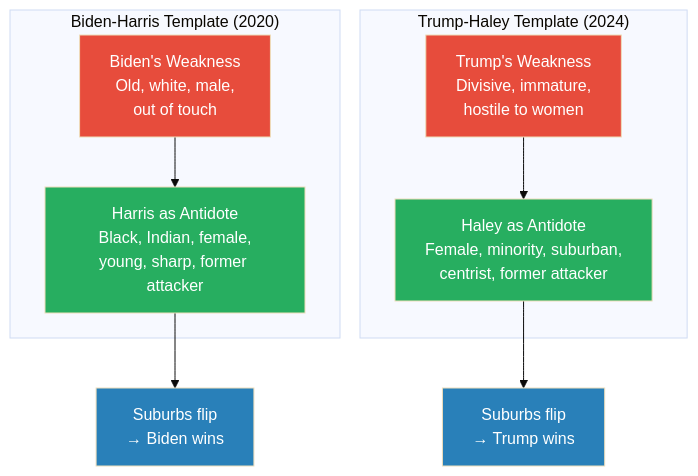
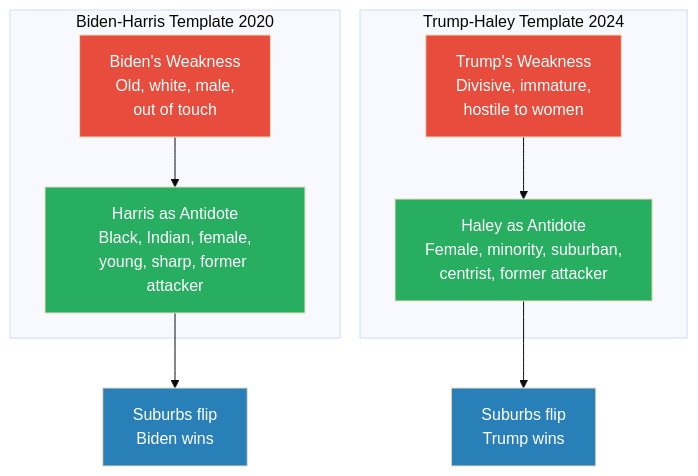
The fifth of 9 diagrams in summaries/Lectures/Geo-Strategy/05 - Why Trump Will Win.md (alius33/reader), drawn with Mermaid (base theme) before and after one commit. The commit also changed other lines of this file and 26 other files, not shown here.

````diff
--- a/summaries/Lectures/Geo-Strategy/05 - Why Trump Will Win.md
+++ b/summaries/Lectures/Geo-Strategy/05 - Why Trump Will Win.md
@@ -371,21 +283,21 @@
 ```mermaid
 flowchart TB
-    subgraph "Biden-Harris Template (2020)"
+    subgraph "Biden-Harris Template 2020"
         BW["Biden's Weakness<br/>Old, white, male,<br/>out of touch"]
         HS["Harris as Antidote<br/>Black, Indian, female,<br/>young, sharp, former attacker"]
         BW --> HS
     end
-    subgraph "Trump-Haley Template (2024)"
+    subgraph "Trump-Haley Template 2024"
         TW["Trump's Weakness<br/>Divisive, immature,<br/>hostile to women"]
         NH["Haley as Antidote<br/>Female, minority, suburban,<br/>centrist, former attacker"]
         TW --> NH
     end
-    HS --> R1["Suburbs flip<br/>→ Biden wins"]
-    NH --> R2["Suburbs flip<br/>→ Trump wins"]
+    HS --> R1["Suburbs flip<br/>Biden wins"]
+    NH --> R2["Suburbs flip<br/>Trump wins"]
     style BW fill:#e74c3c,color:#fff
     style TW fill:#e74c3c,color:#fff
     style HS fill:#27ae60,color:#fff
     style NH fill:#27ae60,color:#fff
     style R1 fill:#2980b9,color:#fff
     style R2 fill:#2980b9,color:#fff
 ```
````
